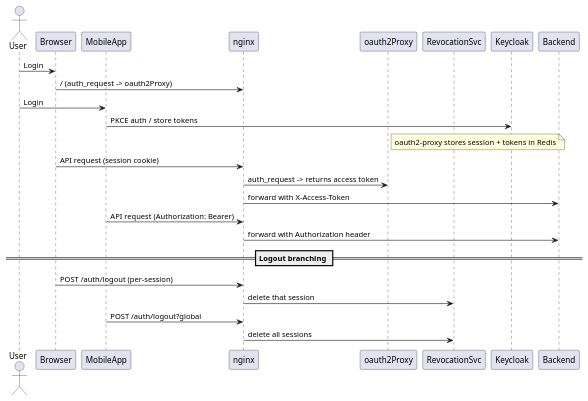
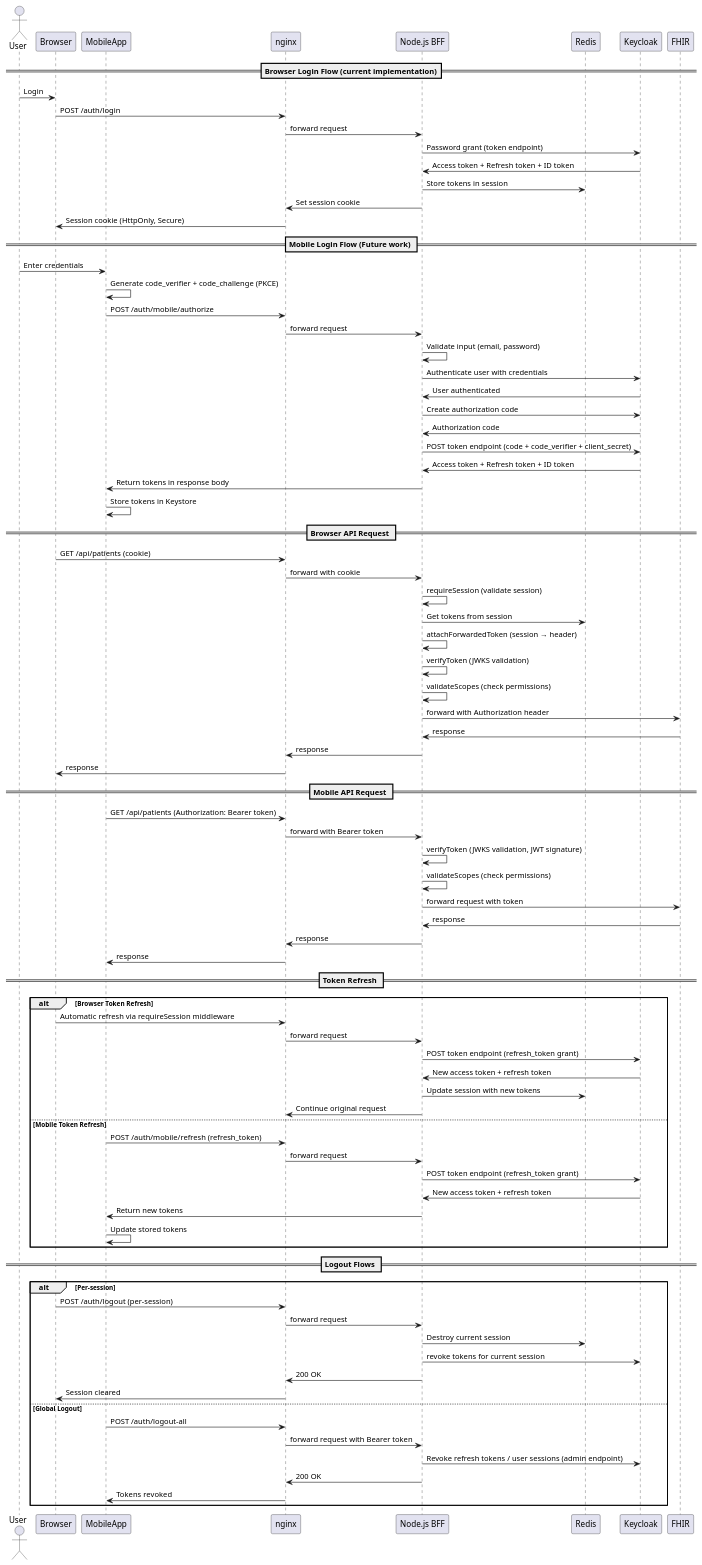
One commit to Belal0066/CFI-Care changed the diagram in security/Docs/token-flow-overview.puml. Above: the diagram before and after it, drawn with PlantUML. The commit also changed 8 other files, not shown here.

Commit message:
chore : updated diagrams , added 2 mermaid ones as they look better

```diff
--- a/security/Docs/token-flow-overview.puml
+++ b/security/Docs/token-flow-overview.puml
@@ -1,32 +1,94 @@
 @startuml Tokens Overview
 actor User
 participant Browser
 participant MobileApp
 participant nginx
-participant oauth2Proxy
-participant RevocationSvc
+participant BFF as "Node.js BFF"
+participant Redis
 participant Keycloak
-participant Backend
+participant FHIR
 
+== Browser Login Flow (current implementation)==
 User -> Browser : Login
-Browser -> nginx : / (auth_request -> oauth2Proxy)
-User -> MobileApp : Login
-MobileApp -> Keycloak : PKCE auth / store tokens
+Browser -> nginx : POST /auth/login
+nginx -> BFF : forward request
+BFF -> Keycloak : Password grant (token endpoint)
+Keycloak -> BFF : Access token + Refresh token + ID token
+BFF -> Redis : Store tokens in session
+BFF -> nginx : Set session cookie
+nginx -> Browser : Session cookie (HttpOnly, Secure)
 
-note right of oauth2Proxy
-  oauth2-proxy stores session + tokens in Redis
-end note
+== Mobile Login Flow (Future work) ==
+User -> MobileApp : Enter credentials
+MobileApp -> MobileApp : Generate code_verifier + code_challenge (PKCE)
+MobileApp -> nginx : POST /auth/mobile/authorize 
+nginx -> BFF : forward request
+BFF -> BFF : Validate input (email, password)
+BFF -> Keycloak : Authenticate user with credentials
+Keycloak -> BFF : User authenticated
+BFF -> Keycloak : Create authorization code
+Keycloak -> BFF : Authorization code
+BFF -> Keycloak : POST token endpoint (code + code_verifier + client_secret)
+Keycloak -> BFF : Access token + Refresh token + ID token
+BFF -> MobileApp : Return tokens in response body
+MobileApp -> MobileApp : Store tokens in Keystore
 
-Browser -> nginx : API request (session cookie)
-nginx -> oauth2Proxy : auth_request -> returns access token
-nginx -> Backend : forward with X-Access-Token
 
-MobileApp -> nginx : API request (Authorization: Bearer)
-nginx -> Backend : forward with Authorization header
+== Browser API Request ==
+Browser -> nginx : GET /api/patients (cookie)
+nginx -> BFF : forward with cookie
+BFF -> BFF : requireSession (validate session)
+BFF -> Redis : Get tokens from session
+BFF -> BFF : attachForwardedToken (session → header)
+BFF -> BFF : verifyToken (JWKS validation)
+BFF -> BFF : validateScopes (check permissions)
+BFF -> FHIR : forward with Authorization header
+FHIR -> BFF : response
+BFF -> nginx : response
+nginx -> Browser : response
 
-== Logout branching ==
+== Mobile API Request ==
+MobileApp -> nginx : GET /api/patients (Authorization: Bearer token)
+nginx -> BFF : forward with Bearer token
+BFF -> BFF : verifyToken (JWKS validation, JWT signature)
+BFF -> BFF : validateScopes (check permissions)
+BFF -> FHIR : forward request with token
+FHIR -> BFF : response
+BFF -> nginx : response
+nginx -> MobileApp : response
+
+== Token Refresh ==
+alt Browser Token Refresh
+Browser -> nginx : Automatic refresh via requireSession middleware
+nginx -> BFF : forward request
+BFF -> Keycloak : POST token endpoint (refresh_token grant)
+Keycloak -> BFF : New access token + refresh token
+BFF -> Redis : Update session with new tokens
+BFF -> nginx : Continue original request
+
+else Mobile Token Refresh
+MobileApp -> nginx : POST /auth/mobile/refresh (refresh_token)
+nginx -> BFF : forward request
+BFF -> Keycloak : POST token endpoint (refresh_token grant)
+Keycloak -> BFF : New access token + refresh token
+BFF -> MobileApp : Return new tokens
+MobileApp -> MobileApp : Update stored tokens
+end
+
+== Logout Flows ==
+alt Per-session
 Browser -> nginx : POST /auth/logout (per-session)
-nginx -> RevocationSvc : delete that session
-MobileApp -> nginx : POST /auth/logout?global
-nginx -> RevocationSvc : delete all sessions 
+nginx -> BFF : forward request
+BFF -> Redis : Destroy current session
+BFF -> Keycloak : revoke tokens for current session
+BFF -> nginx : 200 OK
+nginx -> Browser : Session cleared
+
+else Global Logout 
+MobileApp -> nginx : POST /auth/logout-all
+nginx -> BFF : forward request with Bearer token
+BFF -> Keycloak : Revoke refresh tokens / user sessions (admin endpoint)
+BFF -> nginx : 200 OK
+nginx -> MobileApp : Tokens revoked
+end
 @enduml
```
